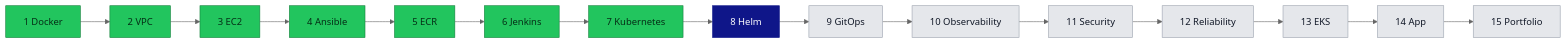
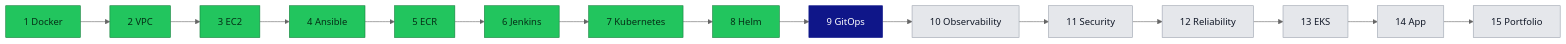
One commit to anshu-sharma-devops/cloudcart-production-devops-platform changed the tenth of 11 diagrams in README.md. Above: the diagram before and after it, drawn with Mermaid (neutral theme). The commit also changed other lines of this file and 1 other file, not shown here.

Commit message:
docs: document Helm deployment upgrade and rollback

````diff
--- a/README.md
+++ b/README.md
@@ -372,10 +372,10 @@
 ```mermaid
 flowchart LR
     P1["1 Docker"]:::done --> P2["2 VPC"]:::done --> P3["3 EC2"]:::done --> P4["4 Ansible"]:::done --> P5["5 ECR"]:::done
-    P5 --> P6["6 Jenkins"]:::done --> P7["7 Kubernetes"]:::done --> P8["8 Helm"]:::next --> P9["9 GitOps"]:::planned --> P10["10 Observability"]:::planned
+    P5 --> P6["6 Jenkins"]:::done --> P7["7 Kubernetes"]:::done --> P8["8 Helm"]:::done --> P9["9 GitOps"]:::next --> P10["10 Observability"]:::planned
     P10 --> P11["11 Security"]:::planned --> P12["12 Reliability"]:::planned --> P13["13 EKS"]:::planned --> P14["14 App"]:::planned --> P15["15 Portfolio"]:::planned
 
     classDef done fill:#22C55E,stroke:#15803D,color:#052e16
     classDef next fill:#0F1689,stroke:#0F1689,color:#ffffff
     classDef planned fill:#E5E7EB,stroke:#9CA3AF,color:#111827
 ```
````
